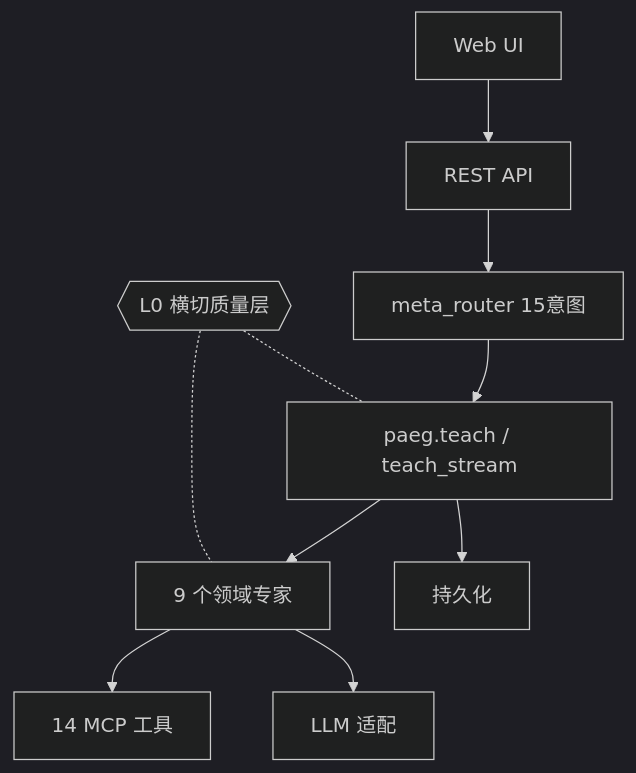
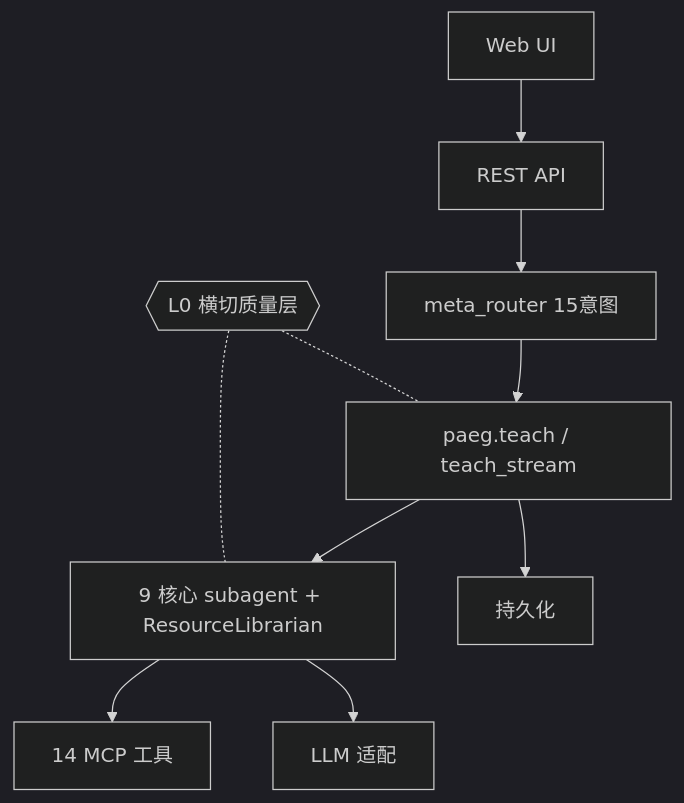
Before and after one commit to Golden2002/PAEG: the second of 26 diagrams in PAEG技术说明.md, drawn with Mermaid. The commit also changed other lines of this file, not shown here.

Commit message:
docs: 技术说明 P1 批(内容优化)——D类bug修复(pply/空括号/subagent10) + 版本号统一v1.1.8 + 生成TOC + 图22事件62

````diff
--- a/PAEG技术说明.md
+++ b/PAEG技术说明.md
@@ -184,11 +205,11 @@
 ```mermaid
 %%{init: {'theme': 'dark'}}%%
 flowchart TB
     UI["Web UI"] --> API["REST API"] --> R["meta_router 15意图"] --> T["paeg.teach / teach_stream"]
-    T --> S["9 个领域专家"]
+    T --> S["9 核心 subagent + ResourceLibrarian"]
     S --> M["14 MCP 工具"]
     S --> LL["LLM 适配"]
     T --> ST["持久化"]
     L0{{"L0 横切质量层"}} -.- T
     L0 -.- S
 ```
````
